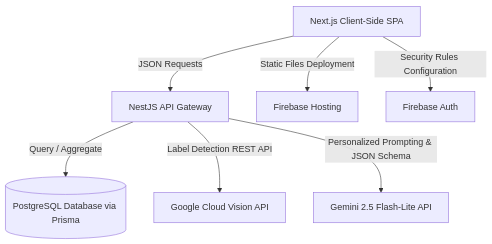
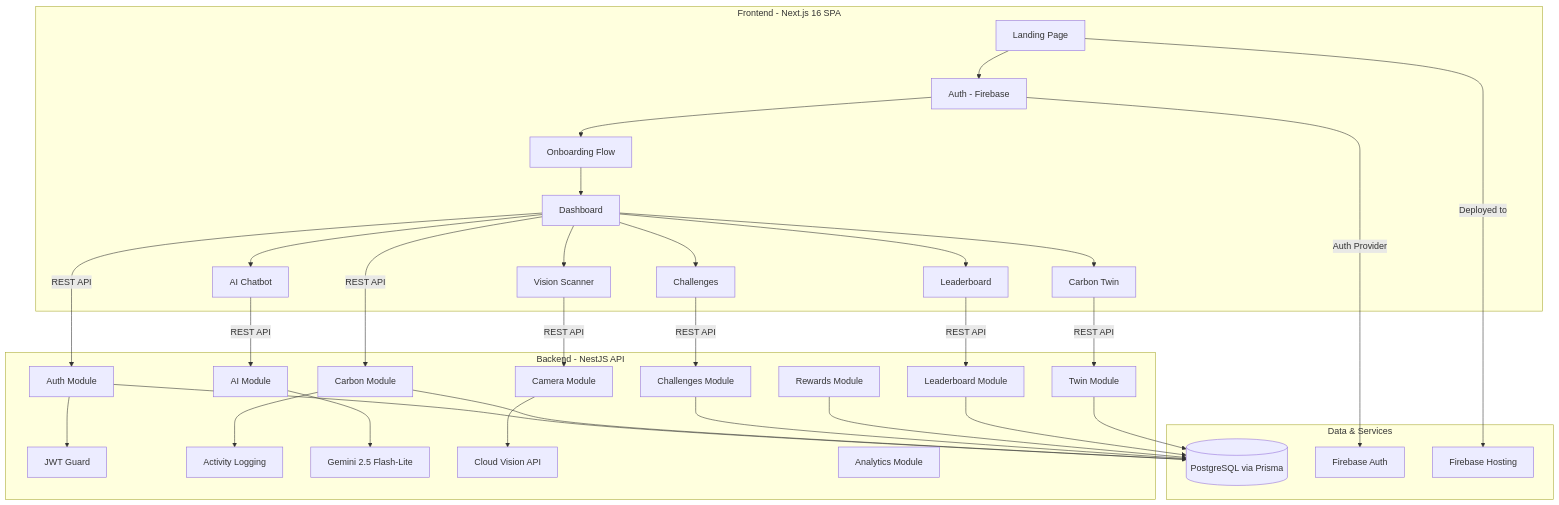
Before and after one commit to Adityasri05/CarbonCoach-AI: the diagram in README.md, drawn with Mermaid. The commit also changed other lines of this file and 27 other files, not shown here.

````diff
--- a/README.md
+++ b/README.md
@@ -45,9 +125,49 @@
 ```mermaid
-graph TD
-    A[Next.js Client-Side SPA] -->|JSON Requests| B[NestJS API Gateway]
-    B -->|Query / Aggregate| C[(PostgreSQL Database via Prisma)]
-    B -->|Label Detection REST API| D[Google Cloud Vision API]
-    B -->|Personalized Prompting & JSON Schema| E[Gemini 2.5 Flash-Lite API]
-    A -->|Static Files Deployment| F[Firebase Hosting]
-    A -->|Security Rules Configuration| G[Firebase Auth]
+graph TB
+    subgraph "Frontend - Next.js 16 SPA"
+        A[Landing Page] --> B[Auth - Firebase]
+        B --> C[Onboarding Flow]
+        C --> D[Dashboard]
+        D --> E[AI Chatbot]
+        D --> F[Vision Scanner]
+        D --> G[Challenges]
+        D --> H[Leaderboard]
+        D --> I[Carbon Twin]
+    end
+
+    subgraph "Backend - NestJS API"
+        J[Auth Module] --> K[JWT Guard]
+        L[Carbon Module] --> M[Activity Logging]
+        N[AI Module] --> O[Gemini 2.5 Flash-Lite]
+        P[Camera Module] --> Q[Cloud Vision API]
+        R[Challenges Module]
+        S[Rewards Module]
+        T[Leaderboard Module]
+        U[Twin Module]
+        V[Analytics Module]
+    end
+
+    subgraph "Data & Services"
+        W[(PostgreSQL via Prisma)]
+        X[Firebase Auth]
+        Y[Firebase Hosting]
+    end
+
+    D -->|REST API| J
+    D -->|REST API| L
+    E -->|REST API| N
+    F -->|REST API| P
+    G -->|REST API| R
+    H -->|REST API| T
+    I -->|REST API| U
+
+    J --> W
+    L --> W
+    R --> W
+    S --> W
+    T --> W
+    U --> W
+
+    A -->|Deployed to| Y
+    B -->|Auth Provider| X
 ```
````
